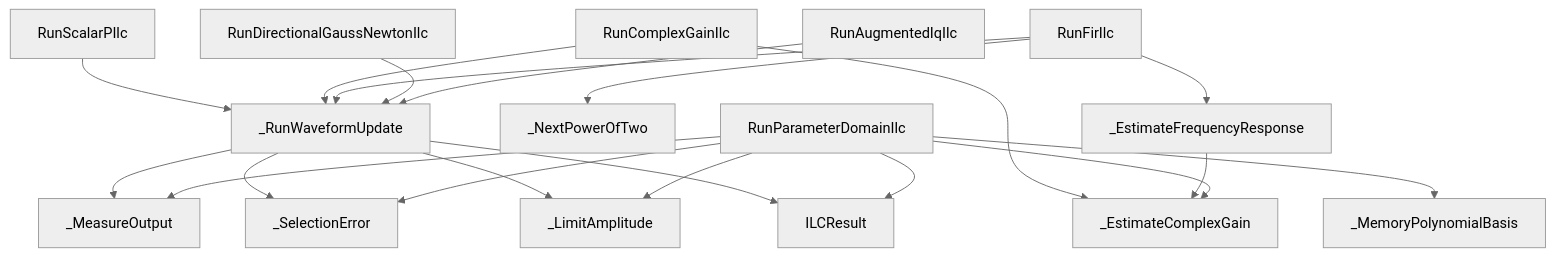
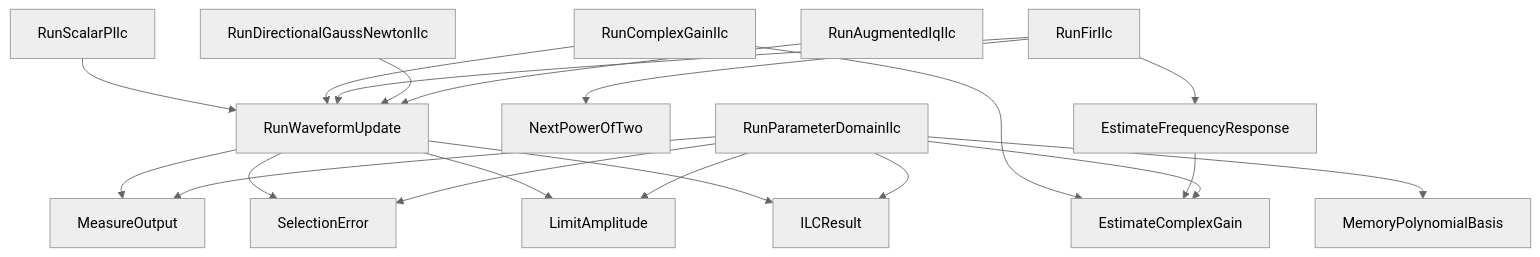
One commit to niyilu45/DPD_ILC changed the fifth of 10 diagrams in README.md. Above: the diagram before and after it, drawn with Mermaid (neutral theme). The commit also changed other lines of this file and 13 other files, not shown here.

````diff
--- a/README.md
+++ b/README.md
@@ -205,24 +212,24 @@
 ```mermaid
 flowchart TD
-    scalar["RunScalarPIlc"] --> core["_RunWaveformUpdate"]
-    complex["RunComplexGainIlc"] --> gain["_EstimateComplexGain"]
+    scalar["RunScalarPIlc"] --> core["RunWaveformUpdate"]
+    complex["RunComplexGainIlc"] --> gain["EstimateComplexGain"]
     complex --> core
-    fir["RunFirIlc"] --> nextFft["_NextPowerOfTwo"]
-    fir --> response["_EstimateFrequencyResponse"]
+    fir["RunFirIlc"] --> nextFft["NextPowerOfTwo"]
+    fir --> response["EstimateFrequencyResponse"]
     response --> gain
     fir --> core
     gauss["RunDirectionalGaussNewtonIlc"] --> core
     augmented["RunAugmentedIqIlc"] --> core
 
-    core --> measure["_MeasureOutput"]
-    core --> selection["_SelectionError"]
-    core --> limit["_LimitAmplitude"]
+    core --> measure["MeasureOutput"]
+    core --> selection["SelectionError"]
+    core --> limit["LimitAmplitude"]
     core --> result["ILCResult"]
 
-    parameter["RunParameterDomainIlc"] --> mpBasis["_MemoryPolynomialBasis"]
+    parameter["RunParameterDomainIlc"] --> mpBasis["MemoryPolynomialBasis"]
     parameter --> gain
     parameter --> measure
     parameter --> selection
     parameter --> limit
     parameter --> result
 ```
````
